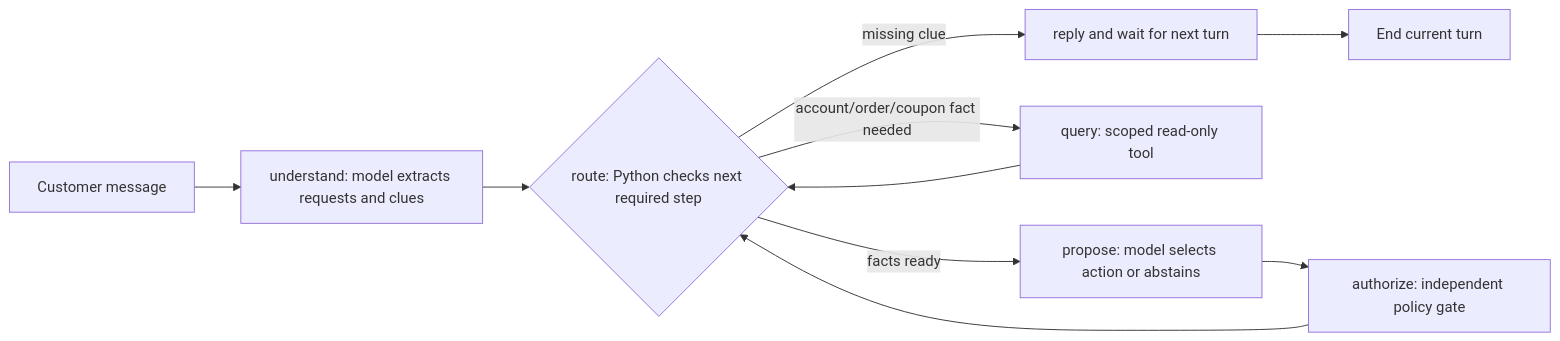
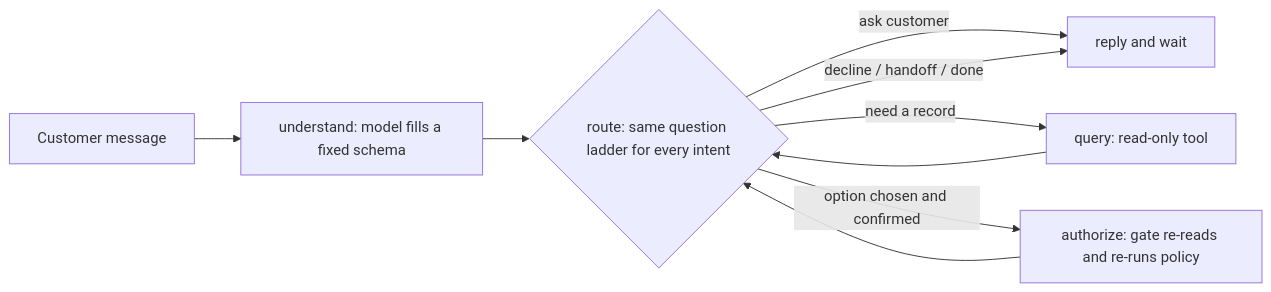
Before and after one commit to jasperrrliu-ui/125_Final_Project: the diagram in docs/WORKFLOW.md, drawn with Mermaid. The commit also changed other lines of this file and 22 other files, not shown here.

````diff
--- a/docs/WORKFLOW.md
+++ b/docs/WORKFLOW.md
@@ -7,12 +7,11 @@
 ```mermaid
 flowchart LR
-    U[Customer message] --> I[understand: model extracts requests and clues]
-    I --> R{route: Python checks next required step}
-    R -->|missing clue| A[reply and wait for next turn]
-    R -->|account/order/coupon fact needed| Q[query: scoped read-only tool]
+    U[Customer message] --> I[understand: model fills a fixed schema]
+    I --> R{route: same question ladder for every intent}
+    R -->|ask customer| A[reply and wait]
+    R -->|need a record| Q[query: read-only tool]
     Q --> R
-    R -->|facts ready| P[propose: model selects action or abstains]
-    P --> G[authorize: independent policy gate]
+    R -->|option chosen and confirmed| G[authorize: gate re-reads and re-runs policy]
     G --> R
-    A --> E[End current turn]
+    R -->|decline / handoff / done| A
 ```
````
